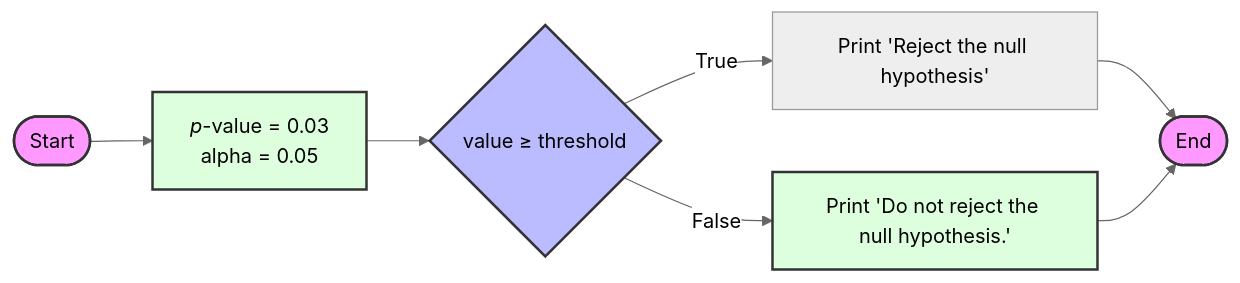
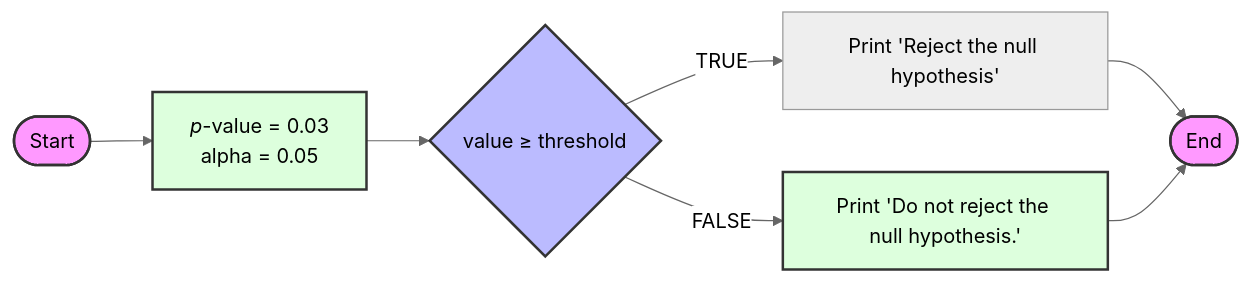
One commit to coatless-textbooks/c4ds changed the sixth of 6 diagrams in selection-control.qmd. Above: the diagram before and after it, drawn with Mermaid (neutral theme). The commit also changed other lines of this file and 1 other file, not shown here.

Commit message:
R TRUE/FALSE type instead of True/False.

````diff
--- a/selection-control.qmd
+++ b/selection-control.qmd
@@ -291,19 +289,19 @@
 ```{mermaid}
 %%| label: fig-if-else-p-value-example
 %%| fig-cap: Visual representation of the if-else statement applied to significance testing
 %%| echo: false
 graph LR
     A([Start]) --> B["`*p*-value = 0.03
     alpha = 0.05`"]
     B --> C{"value &ge; threshold"}
-    C -->|True| D["Print 'Reject the null hypothesis'"]
-    C -->|False| E["Print 'Do not reject the null hypothesis.'"]
+    C -->|TRUE| D["Print 'Reject the null hypothesis'"]
+    C -->|FALSE| E["Print 'Do not reject the null hypothesis.'"]
     D --> F([End])
     E --> F
 
     style A fill:#f9f,stroke:#333,stroke-width:2px
     style B fill:#dfd,stroke:#333,stroke-width:2px
     style C fill:#bbf,stroke:#333,stroke-width:2px
     style F fill:#f9f,stroke:#333,stroke-width:2px
     style E fill:#dfd,stroke:#333,stroke-width:2px
 ```
````
